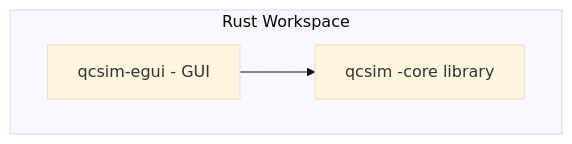
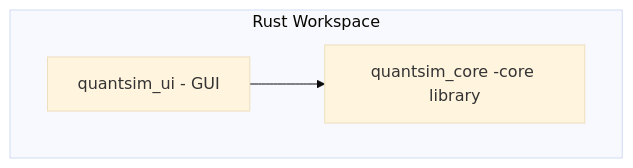
The first of 2 diagrams in README.md (benschneider/quantum_algorithm_simulator), drawn with Mermaid (base theme) before and after one commit. The commit also changed other lines of this file and 4 other files, not shown here.

Commit message:
Update README and Cargo.toml files for quantsim and quantsim_core; rename references from qcsim to quantsim and add missing README files.

````diff
--- a/README.md
+++ b/README.md
@@ -79,9 +79,9 @@
 ```mermaid
 graph TD
     subgraph Rust Workspace
-        A[qcsim -core library]
-        B[qcsim-egui - GUI]
+        A[quantsim_core -core library]
+        B[quantsim_ui - GUI]
     end
 
     B --> A
 ```
````
